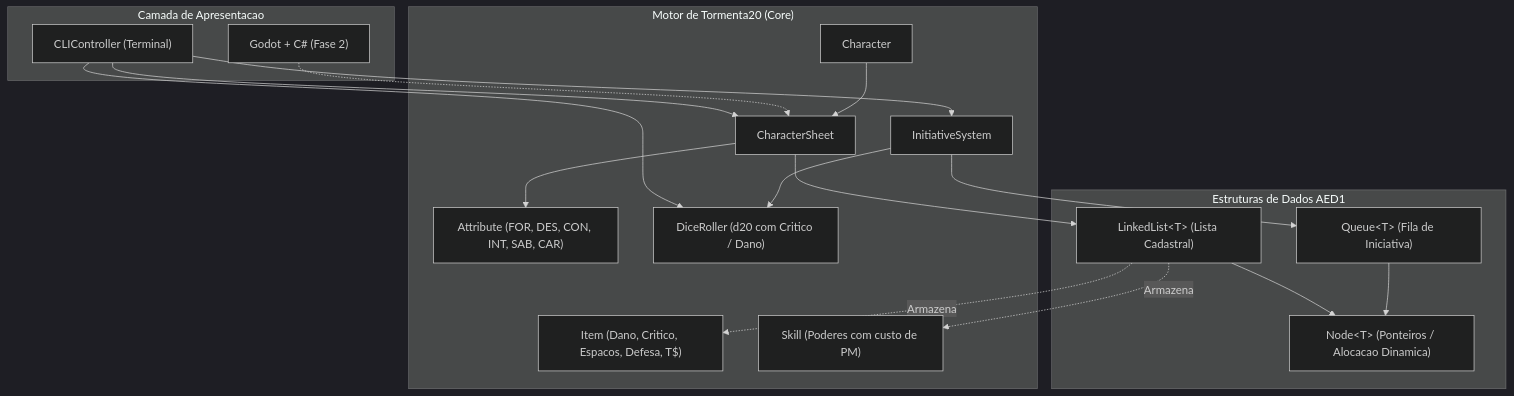
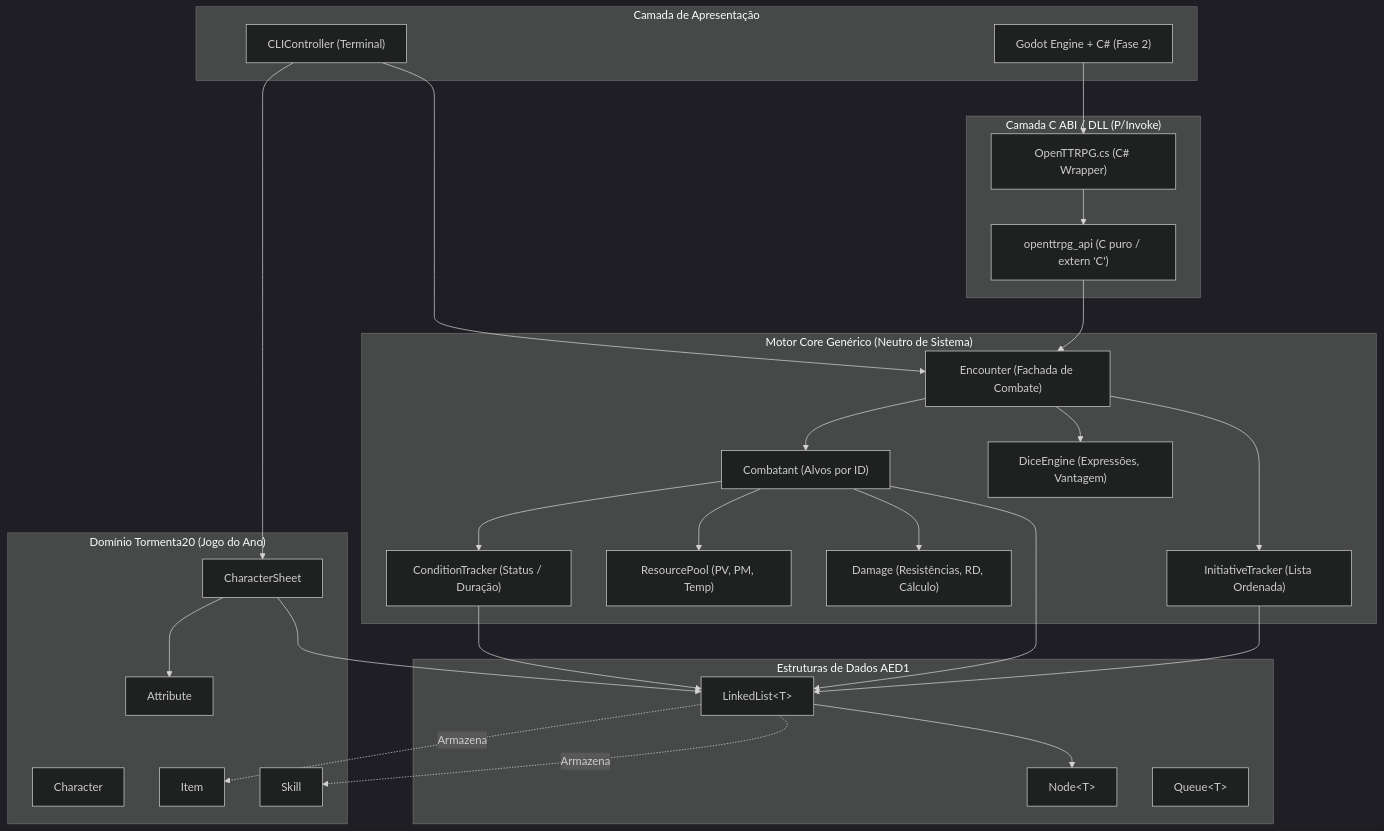
Before and after one commit to Iago3457/OpenTTRPG: the diagram in docs/architecture.md, drawn with Mermaid (dark theme). The commit also changed other lines of this file and 23 other files, not shown here.

Commit message:
Feat: added support for DLL use for C#, created a lot of generic functions on Core

````diff
--- a/docs/architecture.md
+++ b/docs/architecture.md
@@ -18,39 +29,60 @@
 ```mermaid
 graph TD
-    subgraph Apresentacao ["Camada de Apresentacao"]
+    subgraph Apresentacao ["Camada de Apresentação"]
         CLI["CLIController (Terminal)"]
-        Godot["Godot + C# (Fase 2)"]
+        Godot["Godot Engine + C# (Fase 2)"]
     end
 
-    subgraph Dominio ["Motor de Tormenta20 (Core)"]
+    subgraph Interop ["Camada C ABI / DLL (P/Invoke)"]
+        C_API["openttrpg_api (C puro / extern 'C')"]
+        CS_Binding["OpenTTRPG.cs (C# Wrapper)"]
+    end
+
+    subgraph CoreGenerico ["Motor Core Genérico (Neutro de Sistema)"]
+        Enc["Encounter (Fachada de Combate)"]
+        InitTrack["InitiativeTracker (Lista Ordenada)"]
+        Combatant["Combatant (Alvos por ID)"]
+        ResPool["ResourcePool (PV, PM, Temp)"]
+        Dmg["Damage (Resistências, RD, Cálculo)"]
+        Cond["ConditionTracker (Status / Duração)"]
+        DiceEng["DiceEngine (Expressões, Vantagem)"]
+    end
+
+    subgraph DominioT20 ["Domínio Tormenta20 (Jogo do Ano)"]
         Sheet["CharacterSheet"]
         Char["Character"]
-        Attr["Attribute (FOR, DES, CON, INT, SAB, CAR)"]
-        Item["Item (Dano, Critico, Espacos, Defesa, T$)"]
-        Skill["Skill (Poderes com custo de PM)"]
-        Dice["DiceRoller (d20 com Critico / Dano)"]
-        Init["InitiativeSystem"]
+        Attr["Attribute"]
+        Item["Item"]
+        Skill["Skill"]
     end
 
     subgraph Estruturas ["Estruturas de Dados AED1"]
-        Node["Node&lt;T&gt; (Ponteiros / Alocacao Dinamica)"]
-        List["LinkedList&lt;T&gt; (Lista Cadastral)"]
-        Queue["Queue&lt;T&gt; (Fila de Iniciativa)"]
+        Node["Node&lt;T&gt;"]
+        List["LinkedList&lt;T&gt;"]
+        Queue["Queue&lt;T&gt;"]
     end
 
+    Godot --> CS_Binding
+    CS_Binding --> C_API
+    C_API --> Enc
+
     CLI --> Sheet
-    CLI --> Dice
-    CLI --> Init
-    Godot -.-> Sheet
-    
-    Char --> Sheet
+    CLI --> Enc
+
+    Enc --> InitTrack
+    Enc --> Combatant
+    Enc --> DiceEng
+    Combatant --> ResPool
+    Combatant --> Dmg
+    Combatant --> Cond
+
+    InitTrack --> List
+    Combatant --> List
+    Cond --> List
+    List --> Node
+
+    Sheet --> List
     Sheet --> Attr
-    Sheet --> List
-    List --> Node
     List -. Armazena .-> Item
     List -. Armazena .-> Skill
-
-    Init --> Queue
-    Queue --> Node
-    Init --> Dice
 ```
````
